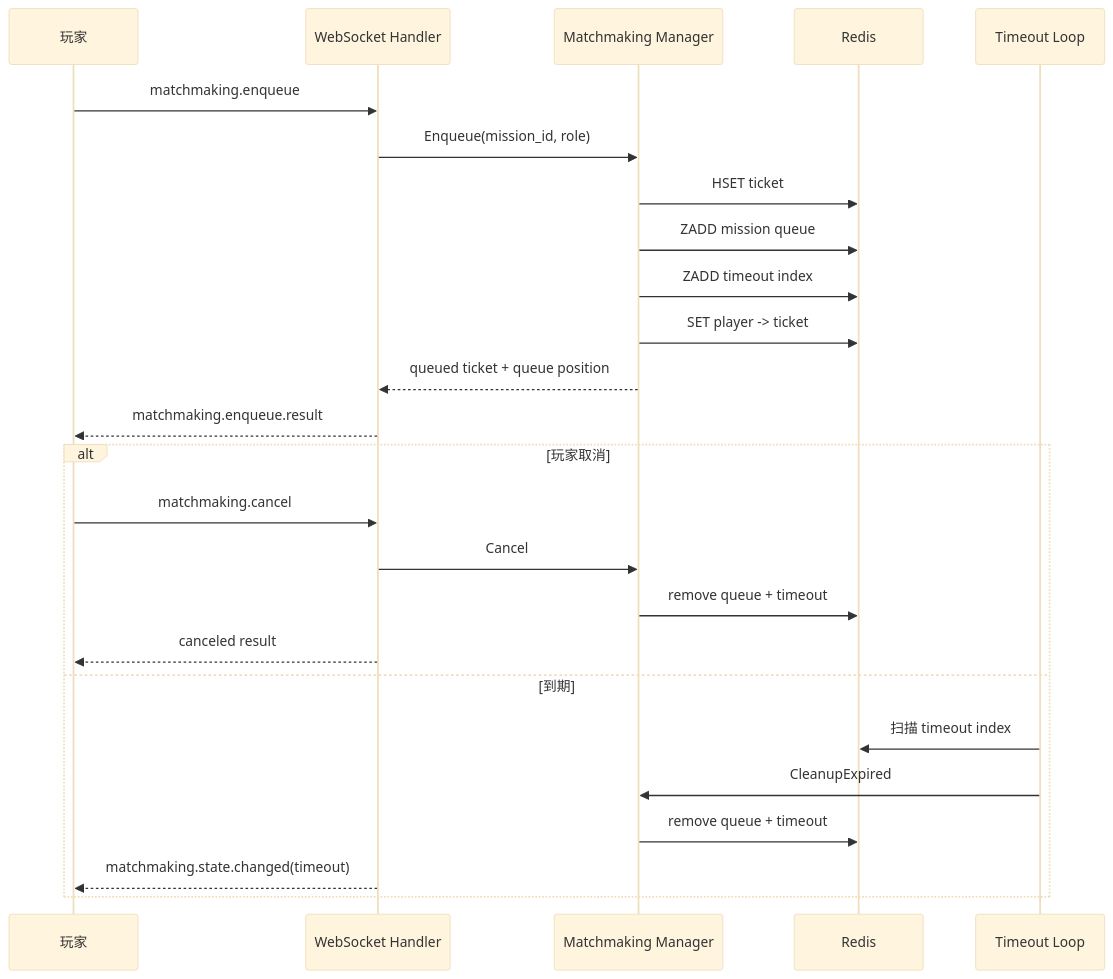
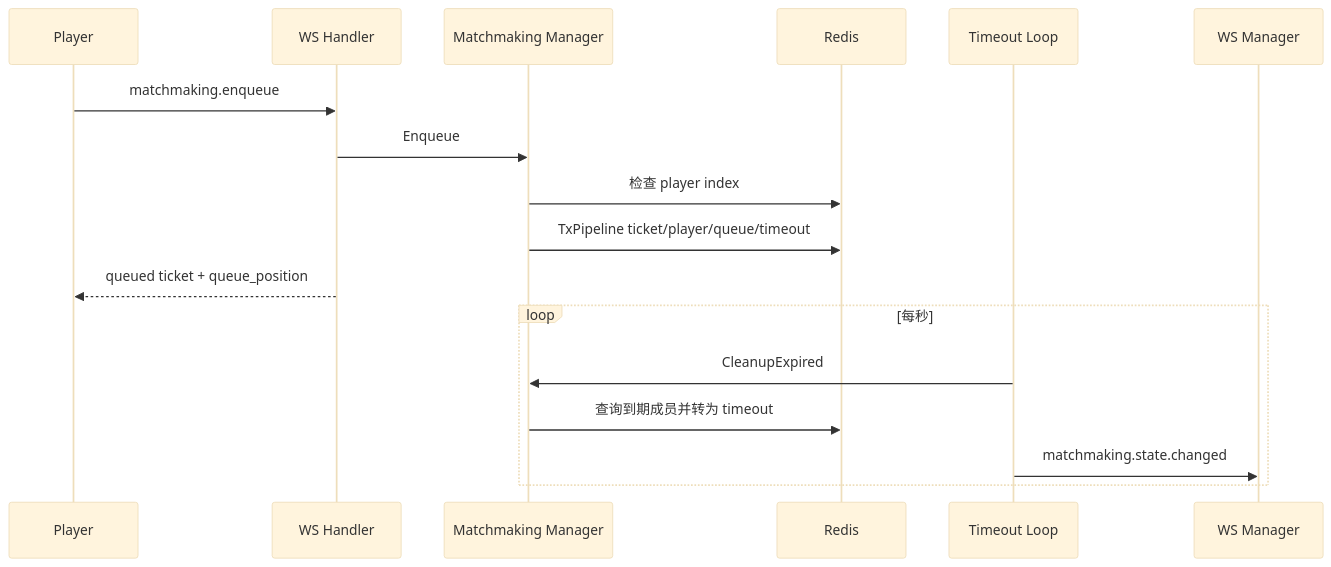
The fourth of 6 diagrams in docs/data-flow.md (lki-H/game-realtime-gm), drawn with Mermaid (base theme) before and after one commit. The commit also changed other lines of this file and 22 other files, not shown here.

````diff
--- a/docs/data-flow.md
+++ b/docs/data-flow.md
@@ -135,29 +93,20 @@
 ```mermaid
 sequenceDiagram
-    participant Player as 玩家
-    participant WS as WebSocket Handler
-    participant Match as Matchmaking Manager
-    participant Redis as Redis
-    participant TimeoutWorker as Timeout Loop
+    participant C as Player
+    participant H as WS Handler
+    participant M as Matchmaking Manager
+    participant R as Redis
+    participant T as Timeout Loop
+    participant W as WS Manager
 
-    Player->>WS: matchmaking.enqueue
-    WS->>Match: Enqueue(mission_id, role)
-    Match->>Redis: HSET ticket
-    Match->>Redis: ZADD mission queue
-    Match->>Redis: ZADD timeout index
-    Match->>Redis: SET player -> ticket
-    Match-->>WS: queued ticket + queue position
-    WS-->>Player: matchmaking.enqueue.result
-
-    alt 玩家取消
-        Player->>WS: matchmaking.cancel
-        WS->>Match: Cancel
-        Match->>Redis: remove queue + timeout
-        WS-->>Player: canceled result
-    else 到期
-        TimeoutWorker->>Redis: 扫描 timeout index
-        TimeoutWorker->>Match: CleanupExpired
-        Match->>Redis: remove queue + timeout
-        WS-->>Player: matchmaking.state.changed(timeout)
+    C->>H: matchmaking.enqueue
+    H->>M: Enqueue
+    M->>R: 检查 player index
+    M->>R: TxPipeline ticket/player/queue/timeout
+    H-->>C: queued ticket + queue_position
+    loop 每秒
+        T->>M: CleanupExpired
+        M->>R: 查询到期成员并转为 timeout
+        T->>W: matchmaking.state.changed
     end
 ```
````
